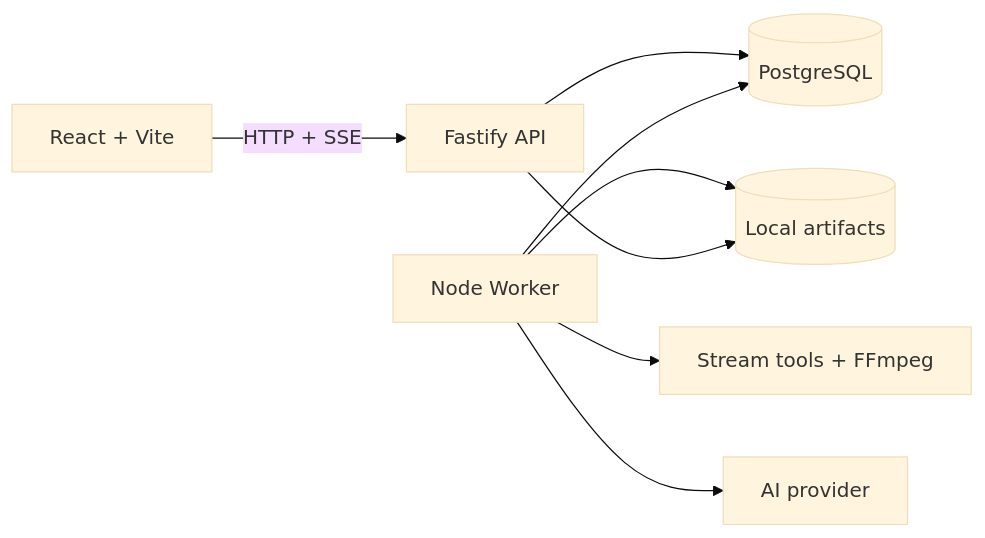
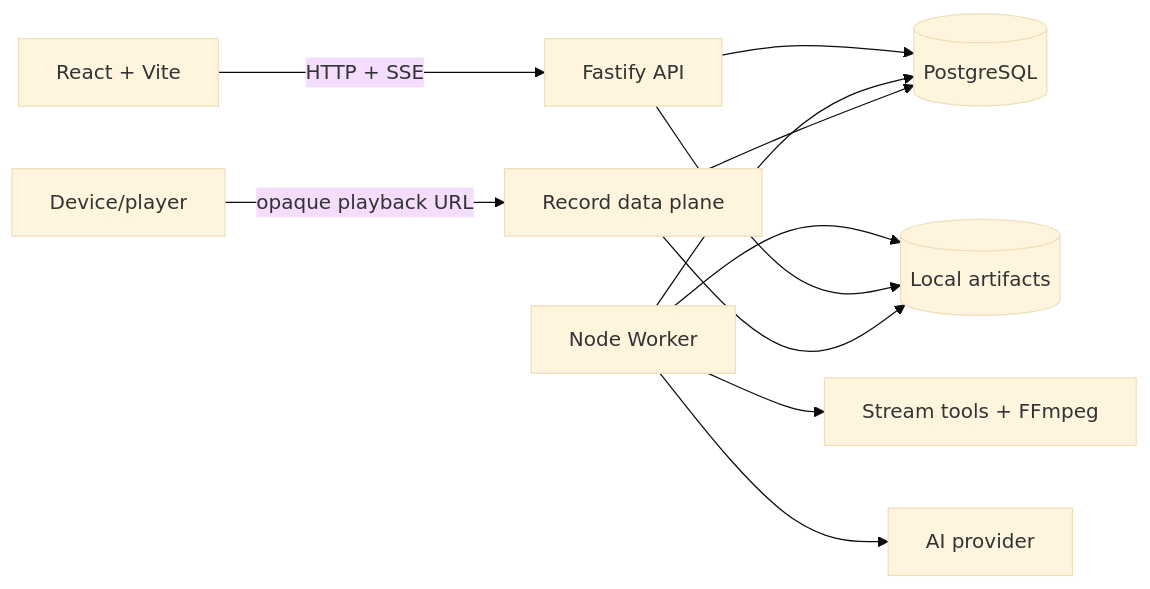
Before and after one commit to gugaio/videoharness: the first of 3 diagrams in docs/architecture/README.md, drawn with Mermaid (base theme). The commit also changed other lines of this file and 101 other files, not shown here.

First line of the commit message:
feat(record): add HLS VOD recording with ABR playback

````diff
--- a/docs/architecture/README.md
+++ b/docs/architecture/README.md
@@ -10,10 +10,13 @@
 ```mermaid
 flowchart LR
     Browser[React + Vite] -->|HTTP + SSE| API[Fastify API]
     API --> DB[(PostgreSQL)]
     Worker[Node Worker] --> DB
     Worker --> Tools[Stream tools + FFmpeg]
     Worker --> AI[AI provider]
     Worker --> FS[(Local artifacts)]
     API --> FS
+    Device[Device/player] -->|opaque playback URL| Delivery[Record data plane]
+    Delivery --> FS
+    Delivery --> DB
 ```
````
